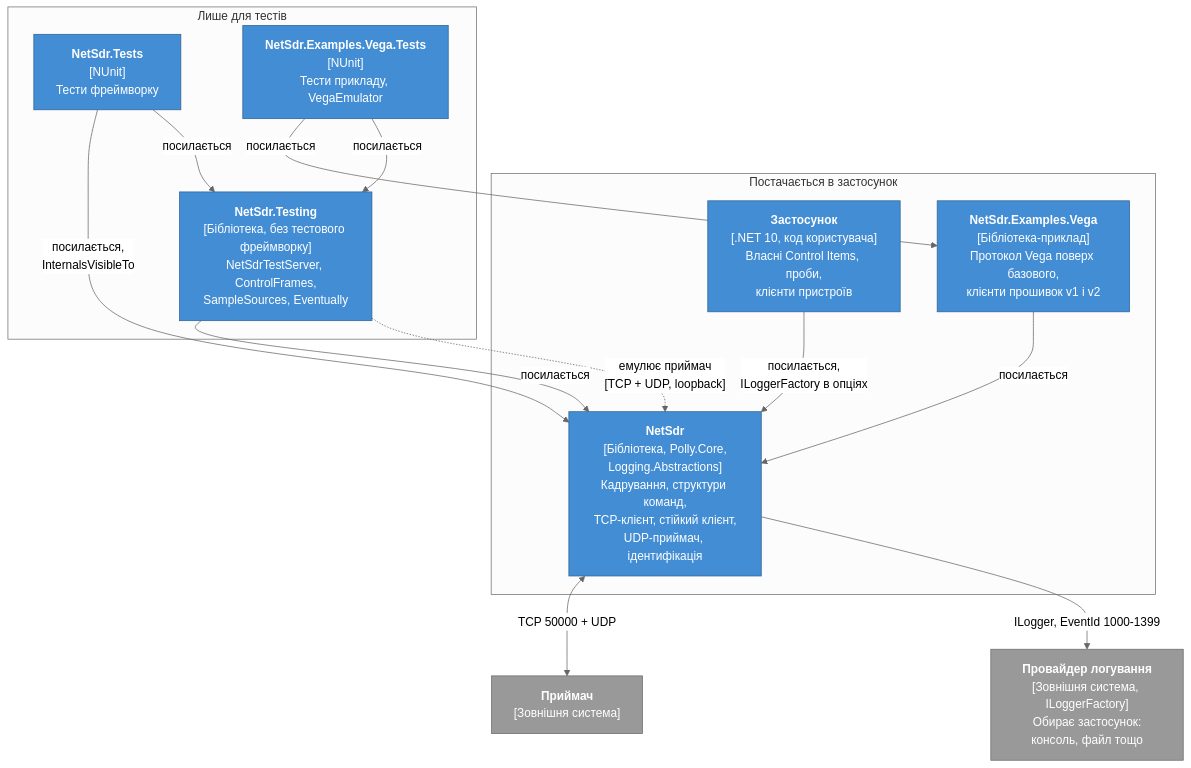
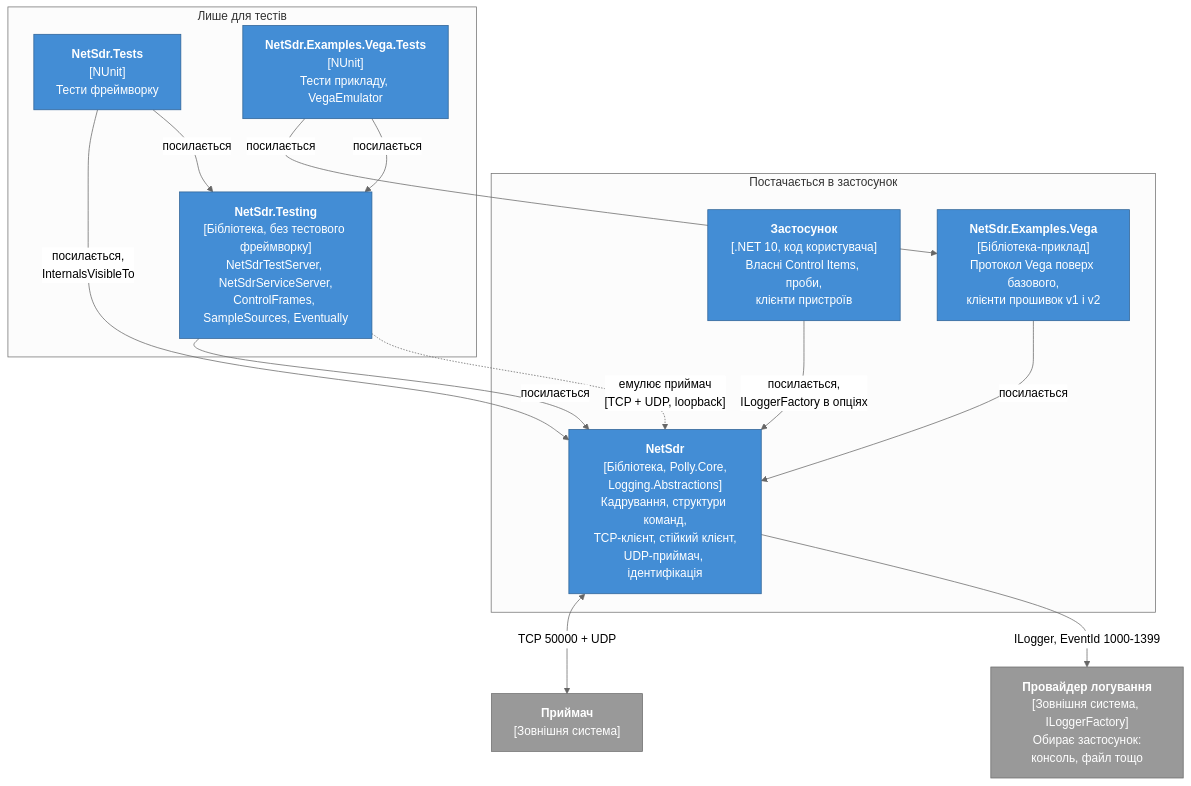
Before and after one commit to vadimart92/NetSdrClient: the second of 7 diagrams in docs/architecture.md, drawn with Mermaid (neutral theme). The commit also changed other lines of this file and 5 other files, not shown here.

First line of the commit message:
feat: a JSON service channel next to the test receiver

````diff
--- a/docs/architecture.md
+++ b/docs/architecture.md
@@ -69,34 +69,34 @@
 ```mermaid
 flowchart TB
     rx["<b>Приймач</b><br/>[Зовнішня система]"]
 
     subgraph ship["Постачається в застосунок"]
         app["<b>Застосунок</b><br/>[.NET 10, код користувача]<br/>Власні Control Items, проби,<br/>клієнти пристроїв"]
         vega["<b>NetSdr.Examples.Vega</b><br/>[Бібліотека-приклад]<br/>Протокол Vega поверх базового,<br/>клієнти прошивок v1 і v2"]
         core["<b>NetSdr</b><br/>[Бібліотека, Polly.Core,<br/>Logging.Abstractions]<br/>Кадрування, структури команд,<br/>TCP-клієнт, стійкий клієнт,<br/>UDP-приймач, ідентифікація"]
     end
 
     logs["<b>Провайдер логування</b><br/>[Зовнішня система, ILoggerFactory]<br/>Обирає застосунок:<br/>консоль, файл тощо"]
 
     subgraph testonly["Лише для тестів"]
-        testing["<b>NetSdr.Testing</b><br/>[Бібліотека, без тестового фреймворку]<br/>NetSdrTestServer, ControlFrames,<br/>SampleSources, Eventually"]
+        testing["<b>NetSdr.Testing</b><br/>[Бібліотека, без тестового фреймворку]<br/>NetSdrTestServer, NetSdrServiceServer,<br/>ControlFrames, SampleSources, Eventually"]
         tests["<b>NetSdr.Tests</b><br/>[NUnit]<br/>Тести фреймворку"]
         vtests["<b>NetSdr.Examples.Vega.Tests</b><br/>[NUnit]<br/>Тести прикладу, VegaEmulator"]
     end
 
     app -->|"посилається,<br/>ILoggerFactory в опціях"| core
     vega -->|"посилається"| core
     testing -->|"посилається"| core
     tests -->|"посилається,<br/>InternalsVisibleTo"| core
     tests -->|"посилається"| testing
     vtests -->|"посилається"| vega
     vtests -->|"посилається"| testing
     core <-->|"TCP 50000 + UDP"| rx
     testing -.->|"емулює приймач<br/>[TCP + UDP, loopback]"| core
     core -->|"ILogger, EventId 1000-1399"| logs
 
     classDef container fill:#438DD5,stroke:#2E6295,color:#fff
     classDef external fill:#999999,stroke:#6B6B6B,color:#fff
     class app,vega,core,testing,tests,vtests container
     class rx,logs external
 ```
````
